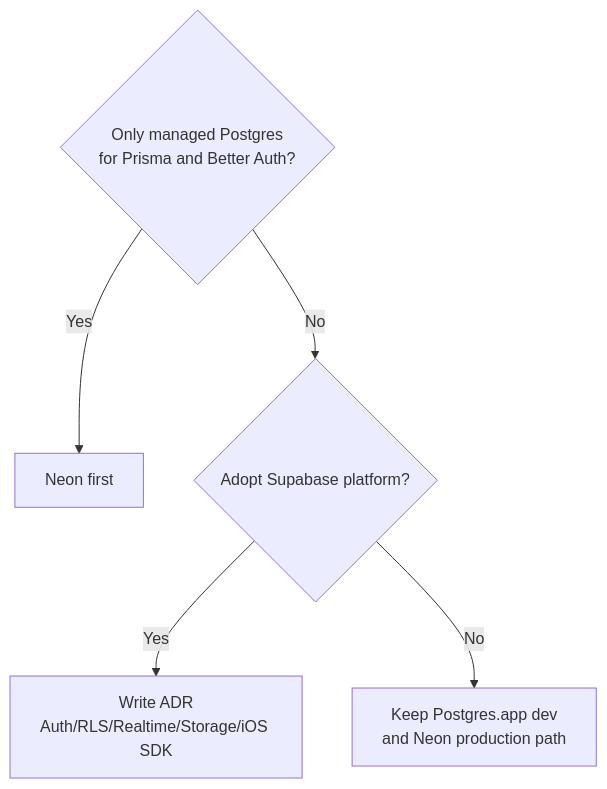
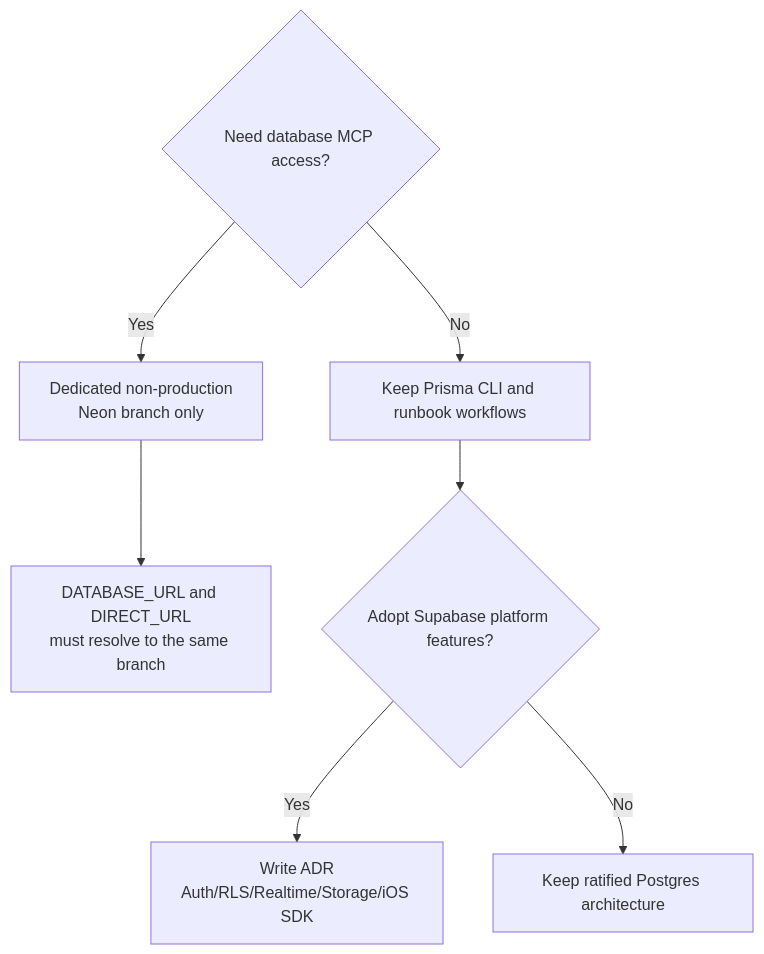
One commit to Ronin-Dojo-Design/ronin-dojo-baseline changed the third of 3 diagrams in docs/runbooks/dev-environment/mcp-usage-runbook.md. Above: the diagram before and after it, drawn with Mermaid. The commit also changed other lines of this file and 42 other files, not shown here.

````diff
--- a/docs/runbooks/dev-environment/mcp-usage-runbook.md
+++ b/docs/runbooks/dev-environment/mcp-usage-runbook.md
@@ -292,7 +301,9 @@
 ```mermaid
 flowchart TD
-    A{Only managed Postgres\nfor Prisma and Better Auth?} -->|Yes| B[Neon first]
-    A -->|No| C{Adopt Supabase platform?}
-    C -->|Yes| D[Write ADR\nAuth/RLS/Realtime/Storage/iOS SDK]
-    C -->|No| E[Keep Postgres.app dev\nand Neon production path]
+    A{Need database MCP access?} -->|Yes| B[Dedicated non-production\nNeon branch only]
+    B --> C[DATABASE_URL and DIRECT_URL\nmust resolve to the same branch]
+    A -->|No| D[Keep Prisma CLI and runbook workflows]
+    D --> E{Adopt Supabase platform features?}
+    E -->|Yes| F[Write ADR\nAuth/RLS/Realtime/Storage/iOS SDK]
+    E -->|No| G[Keep ratified Postgres architecture]
 ```
````
